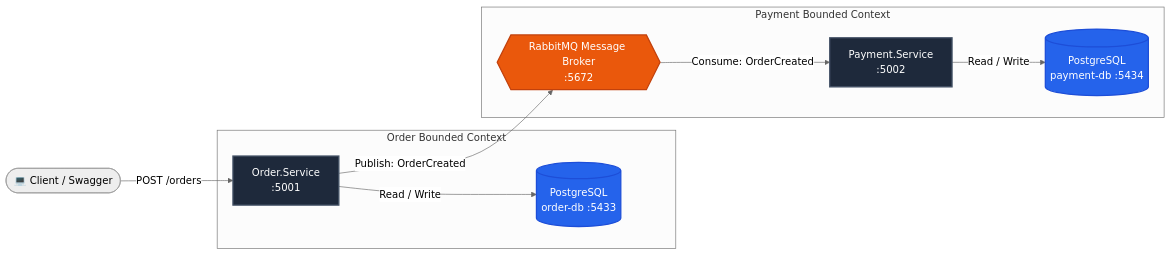
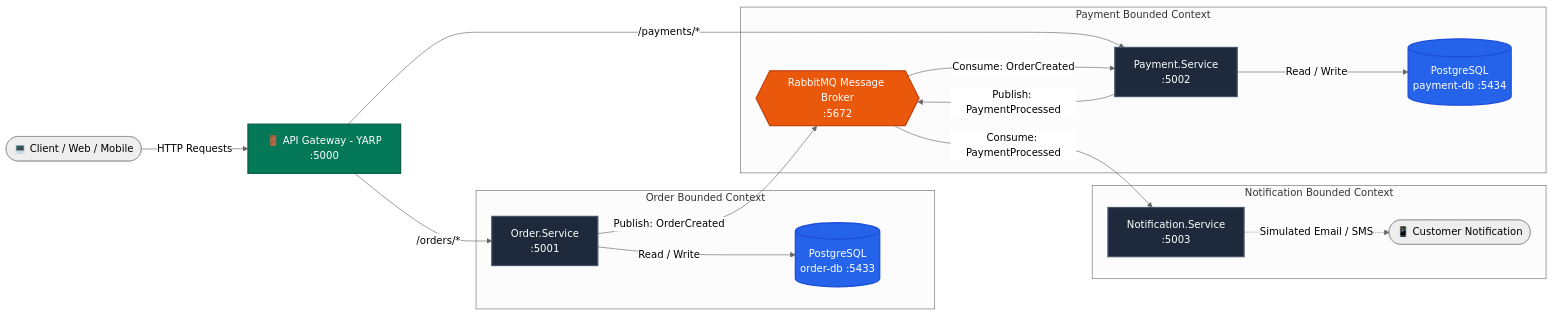
The diagram in README.md (melikee46/order-platform-microservices), drawn with Mermaid (neutral theme) before and after one commit. The commit also changed other lines of this file and 17 other files, not shown here.

Commit message:
feat: complete end-to-end distributed system with YARP Gateway and Notification.Service

````diff
--- a/README.md
+++ b/README.md
@@ -27,23 +28,34 @@
 ```mermaid
 flowchart LR
-    Client([💻 Client / Swagger]) -->|POST /orders| OS[Order.Service<br/>:5001]
-    
+    Client([💻 Client / Web / Mobile]) -->|HTTP Requests| GW[🚪 API Gateway - YARP<br/>:5000]
+
+    GW -->|/orders/*| OS[Order.Service<br/>:5001]
+    GW -->|/payments/*| PS[Payment.Service<br/>:5002]
+
     subgraph "Order Bounded Context"
         OS -->|Read / Write| ODB[(PostgreSQL<br/>order-db :5433)]
     end
 
     OS -->|Publish: OrderCreated| RMQ{{RabbitMQ Message Broker<br/>:5672}}
 
     subgraph "Payment Bounded Context"
-        RMQ -->|Consume: OrderCreated| PS[Payment.Service<br/>:5002]
+        RMQ -->|Consume: OrderCreated| PS
         PS -->|Read / Write| PDB[(PostgreSQL<br/>payment-db :5434)]
+        PS -->|Publish: PaymentProcessed| RMQ
     end
 
+    subgraph "Notification Bounded Context"
+        RMQ -->|Consume: PaymentProcessed| NS[Notification.Service<br/>:5003]
+        NS -.->|Simulated Email / SMS| Cust([📱 Customer Notification])
+    end
+
+    classDef gateway fill:#047857,stroke:#065f46,stroke-width:2px,color:#fff;
     classDef service fill:#1e293b,stroke:#475569,stroke-width:2px,color:#fff;
     classDef broker fill:#ea580c,stroke:#c2410c,stroke-width:2px,color:#fff;
     classDef db fill:#2563eb,stroke:#1d4ed8,stroke-width:2px,color:#fff;
 
-    class OS,PS service;
+    class GW gateway;
+    class OS,PS,NS service;
     class RMQ broker;
     class ODB,PDB db;
 ```
````
